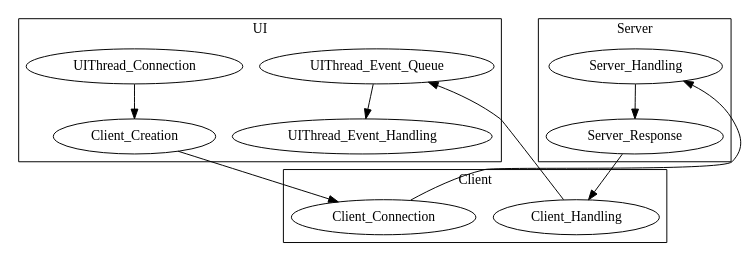
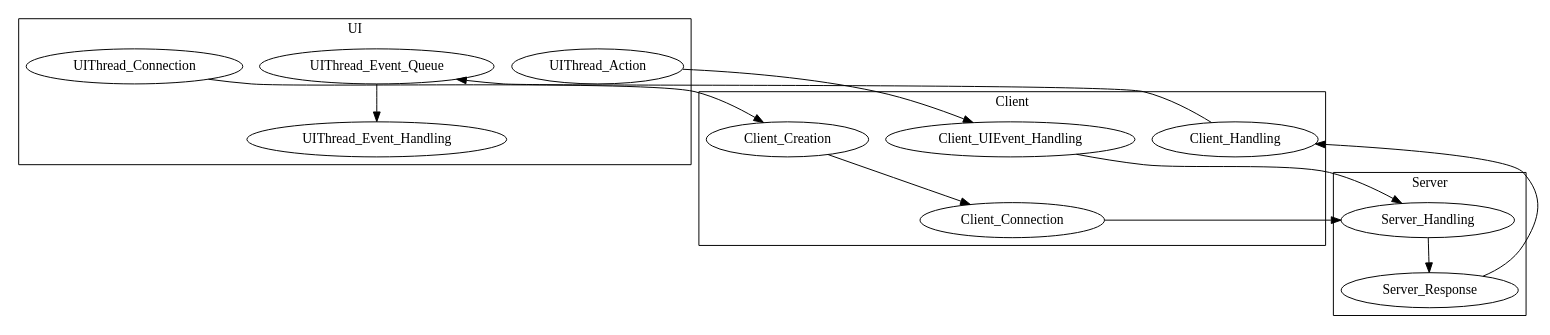
One commit to spacel/game changed the diagram in doc/communication_scheme.dot. Above: the diagram before and after it, drawn with Graphviz. The commit also changed 7 other files, not shown here.

Commit message:
Implement bi-directional secure event queue with a proper pointer handling

```diff
--- a/doc/communication_scheme.dot
+++ b/doc/communication_scheme.dot
@@ -1,20 +1,35 @@
 # Current communication scheme is this
 
 digraph {
     subgraph cluster_UI {
         label = "UI";
-        UIThread_Connection -> Client_Creation;
+        UIThread_Connection;
         UIThread_Event_Queue -> UIThread_Event_Handling;
+        UIThread_Action;
     }
 
     subgraph cluster_Client {
         label = "Client";
         Client_Creation -> Client_Connection;
-        Client_Handling -> UIThread_Event_Queue;
+        Client_Handling;
+        Client_UIEvent_Handling;
     }
 
     subgraph cluster_Server {
         label = "Server";
-        Client_Connection -> Server_Handling -> Server_Response -> Client_Handling;
+        Server_Handling;
+        Server_Handling -> Server_Response;
     }
+
+    # UI -> Client
+    UIThread_Connection -> Client_Creation;
+    UIThread_Action -> Client_UIEvent_Handling
+
+    # Client -> UI/Server
+    Client_UIEvent_Handling -> Server_Handling;
+    Client_Connection -> Server_Handling;
+    Client_Handling -> UIThread_Event_Queue;
+
+    # Server -> Client
+    Server_Response -> Client_Handling;
 }
```
